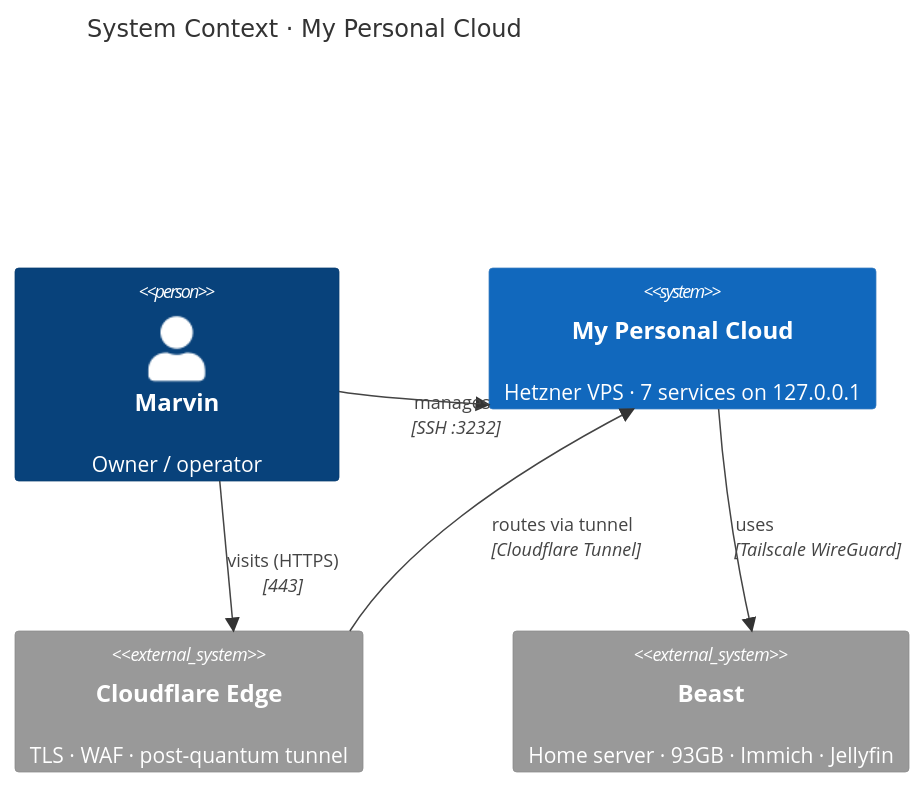
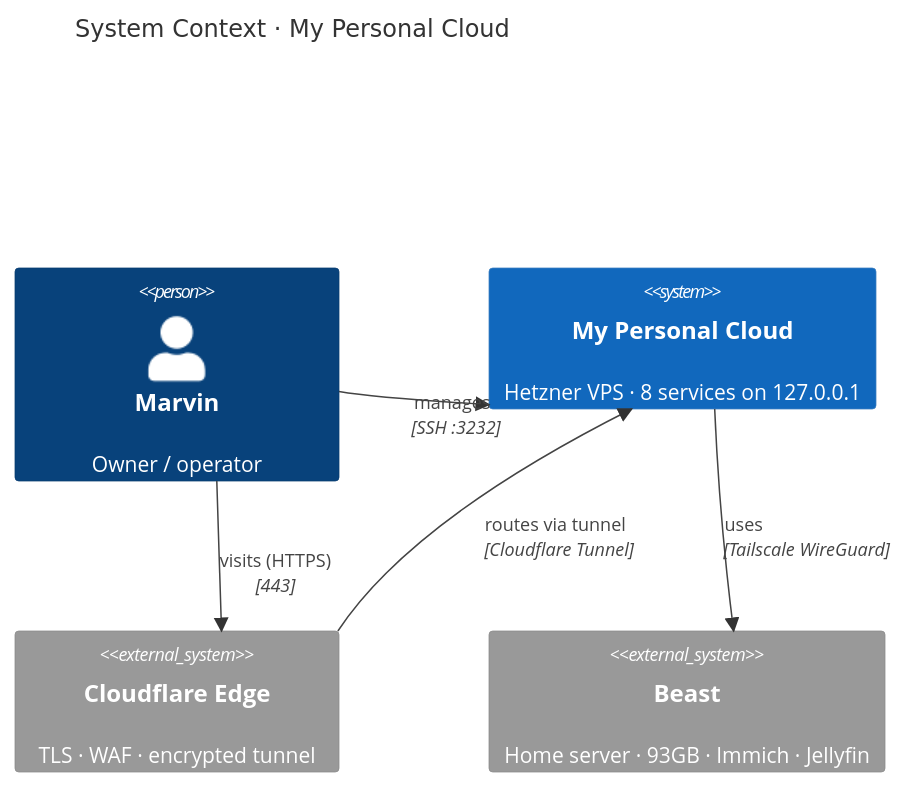
Before and after one commit to M4Marvin/main-site: the diagram in diagrams/self-hosted/infra-context.mmd, drawn with Mermaid. The commit also changed 42 other files, not shown here.

```diff
--- a/diagrams/self-hosted/infra-context.mmd
+++ b/diagrams/self-hosted/infra-context.mmd
@@ -1,16 +1,16 @@
 C4Context
     title System Context · My Personal Cloud
 
     Person(marvin, "Marvin", "Owner / operator")
 
-    System(cloud, "My Personal Cloud", "Hetzner VPS · 7 services on 127.0.0.1")
+    System(cloud, "My Personal Cloud", "Hetzner VPS · 8 services on 127.0.0.1")
 
-    System_Ext(edge, "Cloudflare Edge", "TLS · WAF · post-quantum tunnel")
+    System_Ext(edge, "Cloudflare Edge", "TLS · WAF · encrypted tunnel")
     System_Ext(beast, "Beast", "Home server · 93GB · Immich · Jellyfin")
 
     Rel(marvin, edge, "visits (HTTPS)", "443")
     Rel(marvin, cloud, "manages", "SSH :3232")
     Rel(edge, cloud, "routes via tunnel", "Cloudflare Tunnel")
     Rel(cloud, beast, "uses", "Tailscale WireGuard")
 
     UpdateLayoutConfig($c4ShapeInRow="3", $c4BoundaryInRow="1")
```
